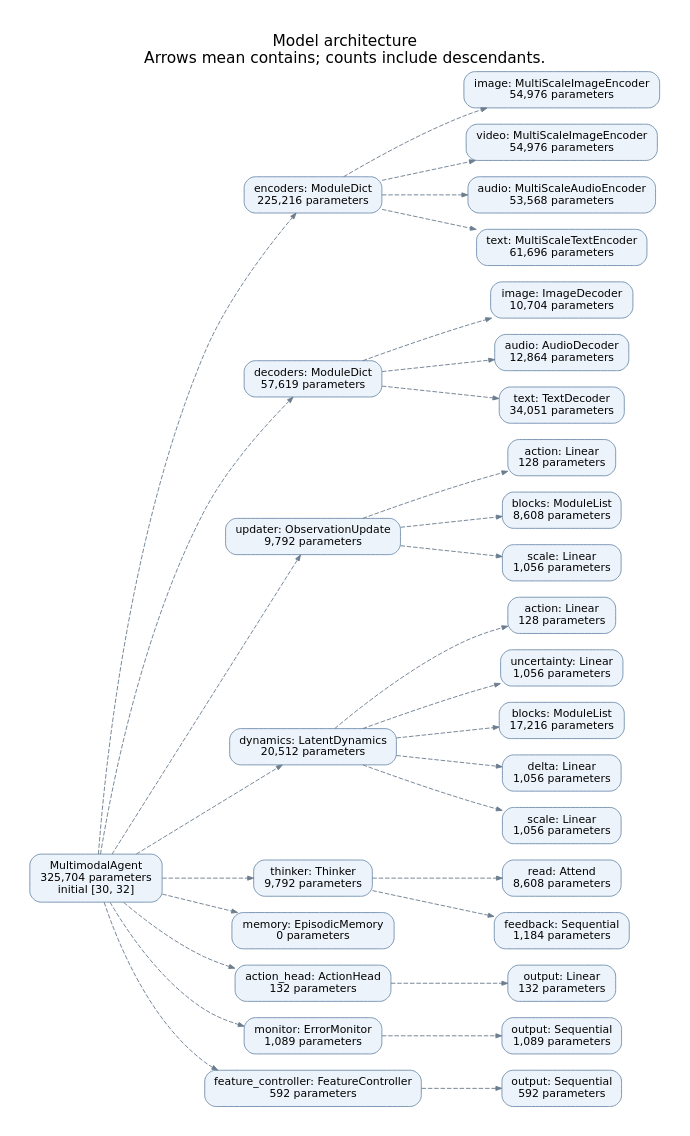
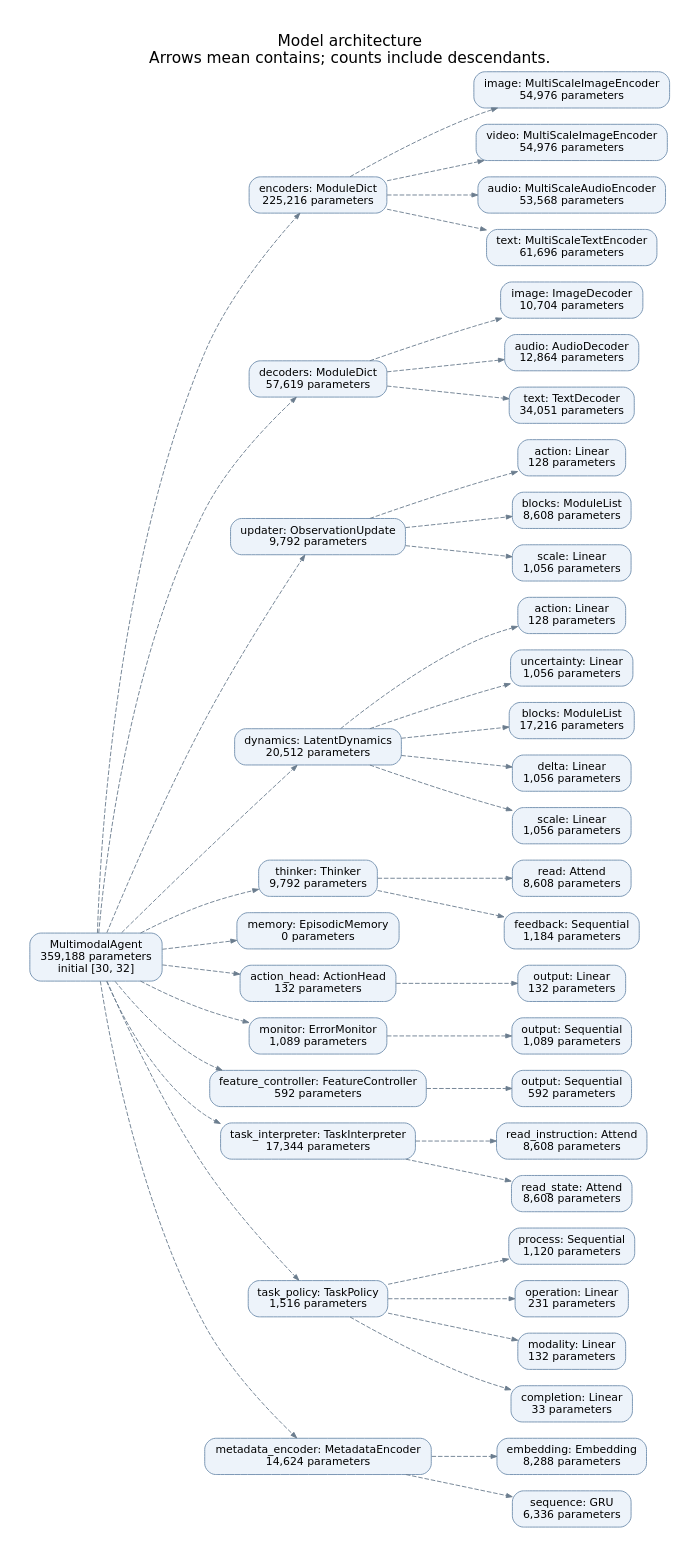
The diagram in docs/diagrams/architecture.dot (intrinsicD/path-wm), drawn with Graphviz before and after one commit. The commit also changed 20 other files, not shown here.

```diff
--- a/docs/diagrams/architecture.dot
+++ b/docs/diagrams/architecture.dot
@@ -1,65 +1,87 @@
 digraph model {
 graph [rankdir=LR, bgcolor="white", pad=0.35, nodesep=0.25, ranksep=0.65, fontname="DejaVu Sans", fontsize=17, labelloc=t];
 node [shape=box, style="rounded,filled", fillcolor="#edf3fa", color="#7290ae", fontname="DejaVu Sans", fontsize=12, margin="0.15,0.10"];
 edge [color="#6b7d8e", arrowsize=0.65];
 label="Model architecture\nArrows mean contains; counts include descendants.";
-n0 [label="MultimodalAgent\n325,704 parameters\ninitial [30, 32]", fillcolor="#edf3fa"];
+n0 [label="MultimodalAgent\n359,188 parameters\ninitial [30, 32]", fillcolor="#edf3fa"];
 n1 [label="encoders: ModuleDict\n225,216 parameters", fillcolor="#edf3fa"];
 n2 [label="image: MultiScaleImageEncoder\n54,976 parameters", fillcolor="#edf3fa"];
 n3 [label="video: MultiScaleImageEncoder\n54,976 parameters", fillcolor="#edf3fa"];
 n4 [label="audio: MultiScaleAudioEncoder\n53,568 parameters", fillcolor="#edf3fa"];
 n5 [label="text: MultiScaleTextEncoder\n61,696 parameters", fillcolor="#edf3fa"];
 n6 [label="decoders: ModuleDict\n57,619 parameters", fillcolor="#edf3fa"];
 n7 [label="image: ImageDecoder\n10,704 parameters", fillcolor="#edf3fa"];
 n8 [label="audio: AudioDecoder\n12,864 parameters", fillcolor="#edf3fa"];
 n9 [label="text: TextDecoder\n34,051 parameters", fillcolor="#edf3fa"];
 n10 [label="updater: ObservationUpdate\n9,792 parameters", fillcolor="#edf3fa"];
 n11 [label="action: Linear\n128 parameters", fillcolor="#edf3fa"];
 n12 [label="blocks: ModuleList\n8,608 parameters", fillcolor="#edf3fa"];
 n13 [label="scale: Linear\n1,056 parameters", fillcolor="#edf3fa"];
 n14 [label="dynamics: LatentDynamics\n20,512 parameters", fillcolor="#edf3fa"];
 n15 [label="action: Linear\n128 parameters", fillcolor="#edf3fa"];
 n16 [label="uncertainty: Linear\n1,056 parameters", fillcolor="#edf3fa"];
 n17 [label="blocks: ModuleList\n17,216 parameters", fillcolor="#edf3fa"];
 n18 [label="delta: Linear\n1,056 parameters", fillcolor="#edf3fa"];
 n19 [label="scale: Linear\n1,056 parameters", fillcolor="#edf3fa"];
 n20 [label="thinker: Thinker\n9,792 parameters", fillcolor="#edf3fa"];
 n21 [label="read: Attend\n8,608 parameters", fillcolor="#edf3fa"];
 n22 [label="feedback: Sequential\n1,184 parameters", fillcolor="#edf3fa"];
 n23 [label="memory: EpisodicMemory\n0 parameters", fillcolor="#edf3fa"];
 n24 [label="action_head: ActionHead\n132 parameters", fillcolor="#edf3fa"];
 n25 [label="output: Linear\n132 parameters", fillcolor="#edf3fa"];
 n26 [label="monitor: ErrorMonitor\n1,089 parameters", fillcolor="#edf3fa"];
 n27 [label="output: Sequential\n1,089 parameters", fillcolor="#edf3fa"];
 n28 [label="feature_controller: FeatureController\n592 parameters", fillcolor="#edf3fa"];
 n29 [label="output: Sequential\n592 parameters", fillcolor="#edf3fa"];
+n30 [label="task_interpreter: TaskInterpreter\n17,344 parameters", fillcolor="#edf3fa"];
+n31 [label="read_instruction: Attend\n8,608 parameters", fillcolor="#edf3fa"];
+n32 [label="read_state: Attend\n8,608 parameters", fillcolor="#edf3fa"];
+n33 [label="task_policy: TaskPolicy\n1,516 parameters", fillcolor="#edf3fa"];
+n34 [label="process: Sequential\n1,120 parameters", fillcolor="#edf3fa"];
+n35 [label="operation: Linear\n231 parameters", fillcolor="#edf3fa"];
+n36 [label="modality: Linear\n132 parameters", fillcolor="#edf3fa"];
+n37 [label="completion: Linear\n33 parameters", fillcolor="#edf3fa"];
+n38 [label="metadata_encoder: MetadataEncoder\n14,624 parameters", fillcolor="#edf3fa"];
+n39 [label="embedding: Embedding\n8,288 parameters", fillcolor="#edf3fa"];
+n40 [label="sequence: GRU\n6,336 parameters", fillcolor="#edf3fa"];
 n0 -> n1 [style=dashed];
 n1 -> n2 [style=dashed];
 n1 -> n3 [style=dashed];
 n1 -> n4 [style=dashed];
 n1 -> n5 [style=dashed];
 n0 -> n6 [style=dashed];
 n6 -> n7 [style=dashed];
 n6 -> n8 [style=dashed];
 n6 -> n9 [style=dashed];
 n0 -> n10 [style=dashed];
 n10 -> n11 [style=dashed];
 n10 -> n12 [style=dashed];
 n10 -> n13 [style=dashed];
 n0 -> n14 [style=dashed];
 n14 -> n15 [style=dashed];
 n14 -> n16 [style=dashed];
 n14 -> n17 [style=dashed];
 n14 -> n18 [style=dashed];
 n14 -> n19 [style=dashed];
 n0 -> n20 [style=dashed];
 n20 -> n21 [style=dashed];
 n20 -> n22 [style=dashed];
 n0 -> n23 [style=dashed];
 n0 -> n24 [style=dashed];
 n24 -> n25 [style=dashed];
 n0 -> n26 [style=dashed];
 n26 -> n27 [style=dashed];
 n0 -> n28 [style=dashed];
 n28 -> n29 [style=dashed];
+n0 -> n30 [style=dashed];
+n30 -> n31 [style=dashed];
+n30 -> n32 [style=dashed];
+n0 -> n33 [style=dashed];
+n33 -> n34 [style=dashed];
+n33 -> n35 [style=dashed];
+n33 -> n36 [style=dashed];
+n33 -> n37 [style=dashed];
+n0 -> n38 [style=dashed];
+n38 -> n39 [style=dashed];
+n38 -> n40 [style=dashed];
 }
```
